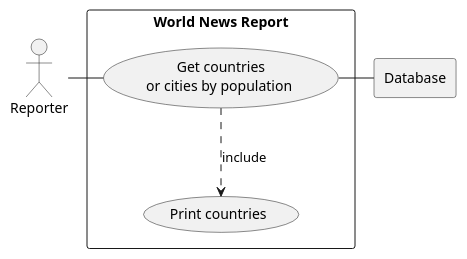
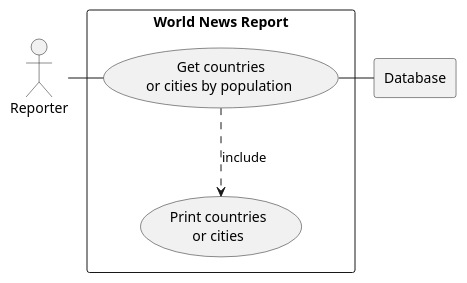
The diagram in use-cases/World Report.puml (DanBeardm/semCoursework), drawn with PlantUML before and after one commit.

Commit message:
Updated Use Case Diagram

```diff
--- a/use-cases/World Report.puml
+++ b/use-cases/World Report.puml
@@ -1,17 +1,18 @@
 @startuml
 
 actor rep as "Reporter"
 
 rectangle Database
 
 rectangle "World News Report" {
     usecase UC1 as "Get countries
     or cities by population "
 
-    usecase UCa as "Print countries"
+    usecase UCa as "Print countries
+    or cities"
 
     rep - UC1
     UC1 ..> UCa : include
     UC1 - Database
 }
 @enduml
```
